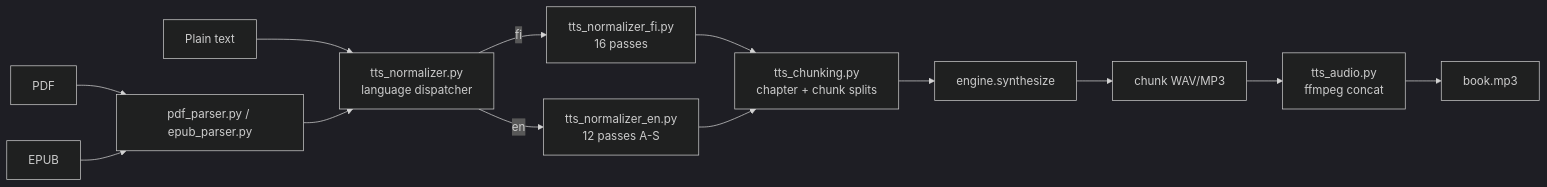
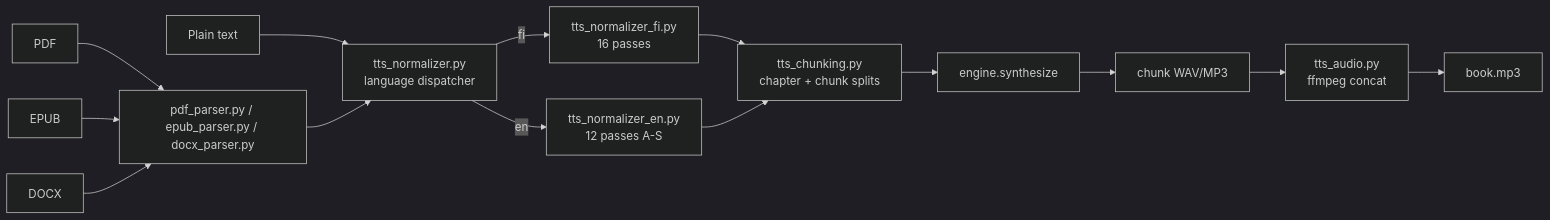
One commit to MikkoNumminen/AudiobookMaker changed the fourth of 7 diagrams in docs/ARCHITECTURE.md. Above: the diagram before and after it, drawn with Mermaid (dark theme). The commit also changed other lines of this file and 9 other files, not shown here.

````diff
--- a/docs/ARCHITECTURE.md
+++ b/docs/ARCHITECTURE.md
@@ -137,15 +137,16 @@
 ```mermaid
 flowchart LR
-    PDF[PDF] --> Parsers[pdf_parser.py / epub_parser.py]
+    PDF[PDF] --> Parsers[pdf_parser.py / epub_parser.py / docx_parser.py]
     EPUB[EPUB] --> Parsers
+    DOCX[DOCX] --> Parsers
     Text[Plain text] --> Disp
     Parsers --> Disp[tts_normalizer.py<br/>language dispatcher]
     Disp -->|fi| Fi[tts_normalizer_fi.py<br/>16 passes]
     Disp -->|en| En[tts_normalizer_en.py<br/>12 passes A-S]
     Fi --> Chunker[tts_chunking.py<br/>chapter + chunk splits]
     En --> Chunker
     Chunker --> Engine[engine.synthesize]
     Engine --> Wav[chunk WAV/MP3]
     Wav --> Audio[tts_audio.py<br/>ffmpeg concat]
     Audio --> Final[book.mp3]
 ```
````
